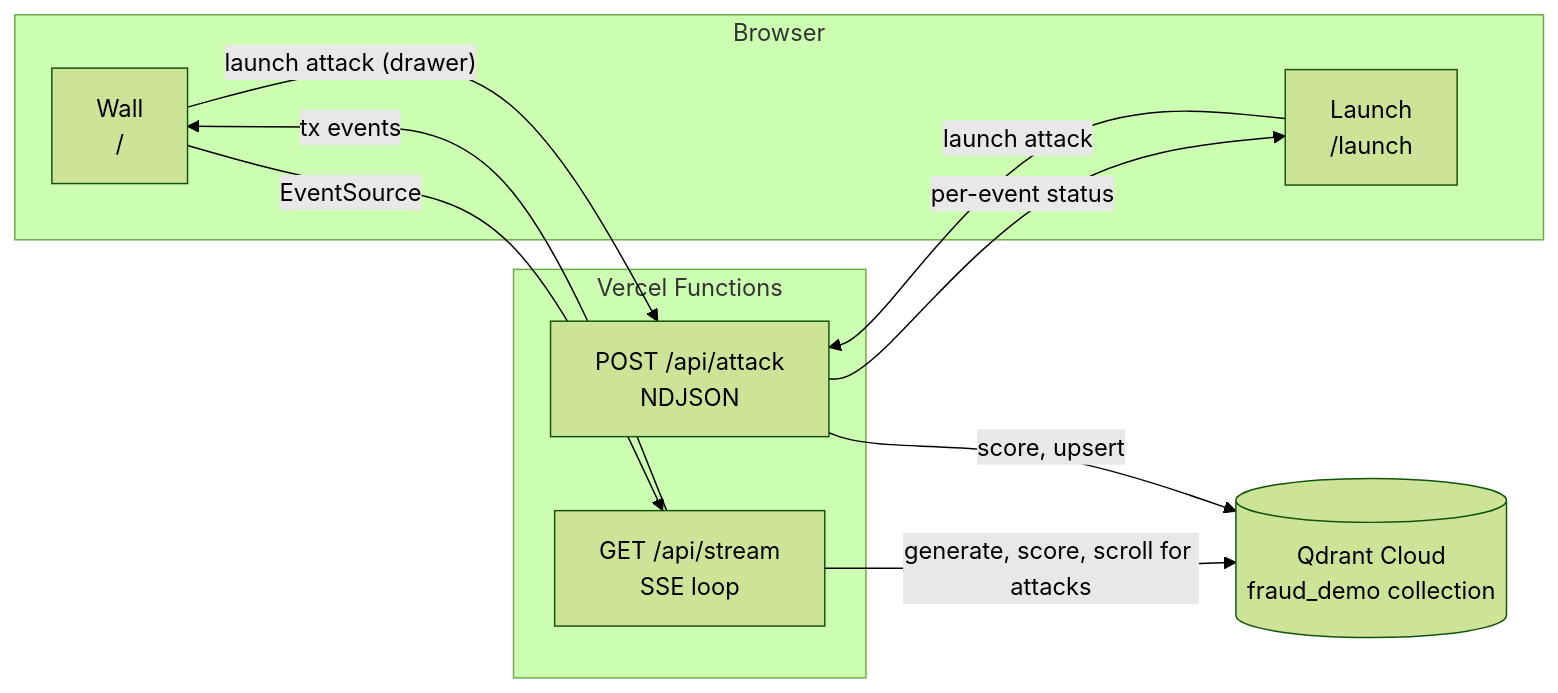
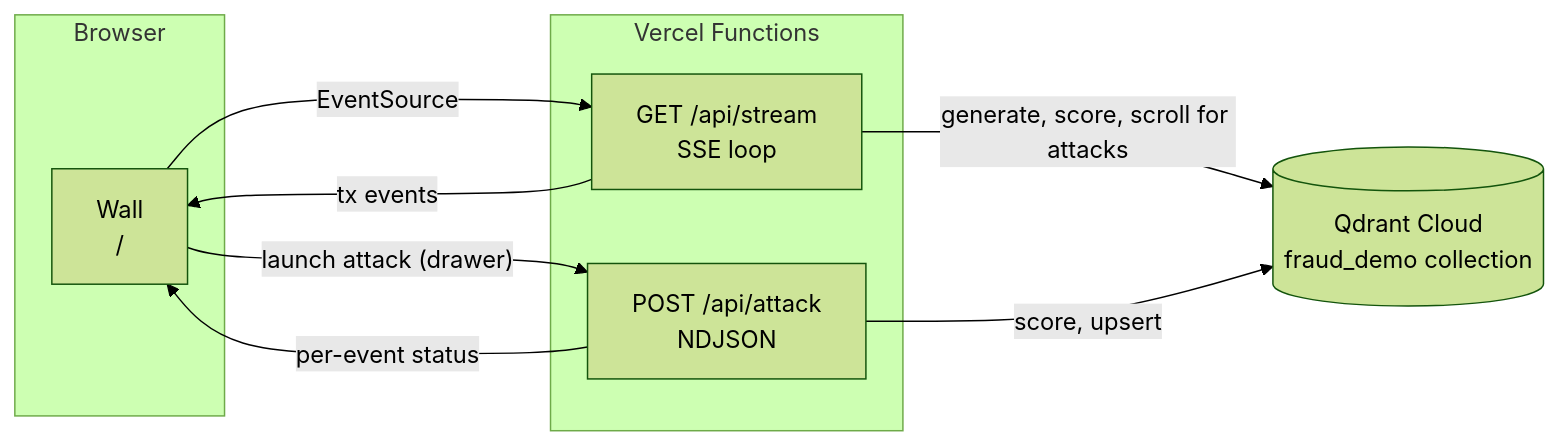
Before and after one commit to qdrant-labs/demo-fraud-detection: the diagram in README.md, drawn with Mermaid (forest theme). The commit also changed other lines of this file and 14 other files, not shown here.

````diff
--- a/README.md
+++ b/README.md
@@ -34,20 +32,18 @@
 ```mermaid
 flowchart LR
   subgraph browser["Browser"]
     W["Wall<br/>/"]
-    L["Launch<br/>/launch"]
   end
   subgraph vercel["Vercel Functions"]
     S["GET /api/stream<br/>SSE loop"]
     A["POST /api/attack<br/>NDJSON"]
   end
   Q[("Qdrant Cloud<br/>fraud_demo collection")]
 
   W -- EventSource --> S
   W -- "launch attack (drawer)" --> A
-  L -- launch attack --> A
   S -- "generate, score, scroll for attacks" --> Q
   A -- "score, upsert" --> Q
   S -- tx events --> W
-  A -- per-event status --> L
+  A -- per-event status --> W
 ```
````
